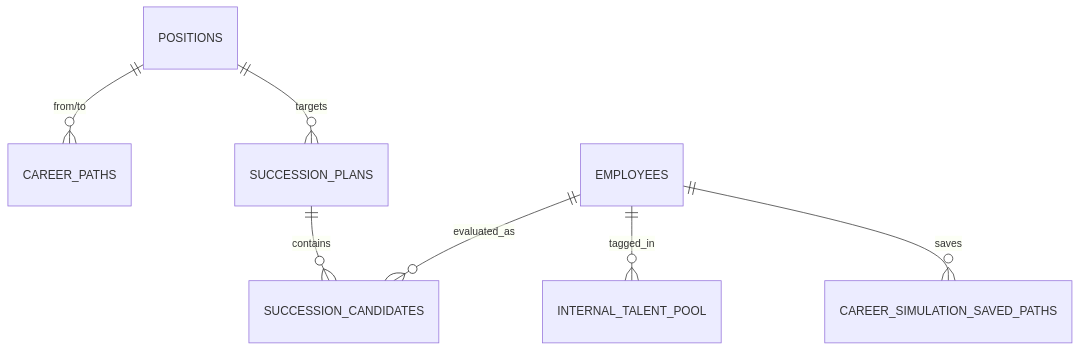
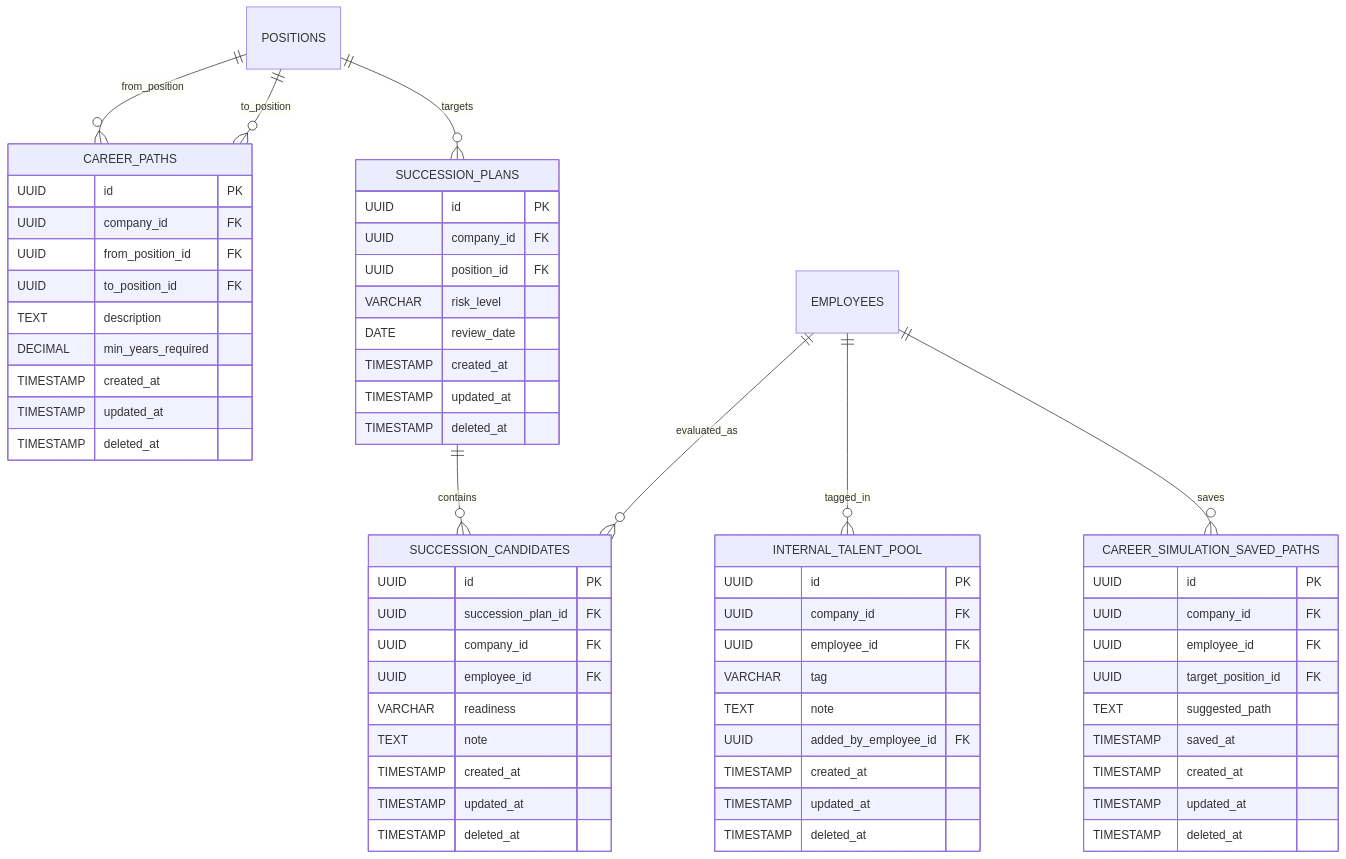
Before and after one commit to henruysun2511/cyclosa_backend: the first of 4 diagrams in docs/ba/career-talent.md, drawn with Mermaid. The commit also changed other lines of this file and 986 other files, not shown here.

````diff
--- a/docs/ba/career-talent.md
+++ b/docs/ba/career-talent.md
@@ -37,9 +67,69 @@
 ```mermaid
 erDiagram
-    POSITIONS ||--o{ CAREER_PATHS : "from/to"
+    POSITIONS ||--o{ CAREER_PATHS : "from_position"
+    POSITIONS ||--o{ CAREER_PATHS : "to_position"
     POSITIONS ||--o{ SUCCESSION_PLANS : "targets"
     SUCCESSION_PLANS ||--o{ SUCCESSION_CANDIDATES : "contains"
     EMPLOYEES ||--o{ SUCCESSION_CANDIDATES : "evaluated_as"
     EMPLOYEES ||--o{ INTERNAL_TALENT_POOL : "tagged_in"
     EMPLOYEES ||--o{ CAREER_SIMULATION_SAVED_PATHS : "saves"
+
+    CAREER_PATHS {
+        UUID id PK
+        UUID company_id FK
+        UUID from_position_id FK
+        UUID to_position_id FK
+        TEXT description
+        DECIMAL min_years_required
+        TIMESTAMP created_at
+        TIMESTAMP updated_at
+        TIMESTAMP deleted_at
+    }
+
+    SUCCESSION_PLANS {
+        UUID id PK
+        UUID company_id FK
+        UUID position_id FK
+        VARCHAR risk_level
+        DATE review_date
+        TIMESTAMP created_at
+        TIMESTAMP updated_at
+        TIMESTAMP deleted_at
+    }
+
+    SUCCESSION_CANDIDATES {
+        UUID id PK
+        UUID succession_plan_id FK
+        UUID company_id FK
+        UUID employee_id FK
+        VARCHAR readiness
+        TEXT note
+        TIMESTAMP created_at
+        TIMESTAMP updated_at
+        TIMESTAMP deleted_at
+    }
+
+    INTERNAL_TALENT_POOL {
+        UUID id PK
+        UUID company_id FK
+        UUID employee_id FK
+        VARCHAR tag
+        TEXT note
+        UUID added_by_employee_id FK
+        TIMESTAMP created_at
+        TIMESTAMP updated_at
+        TIMESTAMP deleted_at
+    }
+
+    CAREER_SIMULATION_SAVED_PATHS {
+        UUID id PK
+        UUID company_id FK
+        UUID employee_id FK
+        UUID target_position_id FK
+        TEXT suggested_path
+        TIMESTAMP saved_at
+        TIMESTAMP created_at
+        TIMESTAMP updated_at
+        TIMESTAMP deleted_at
+    }
 ```
````
